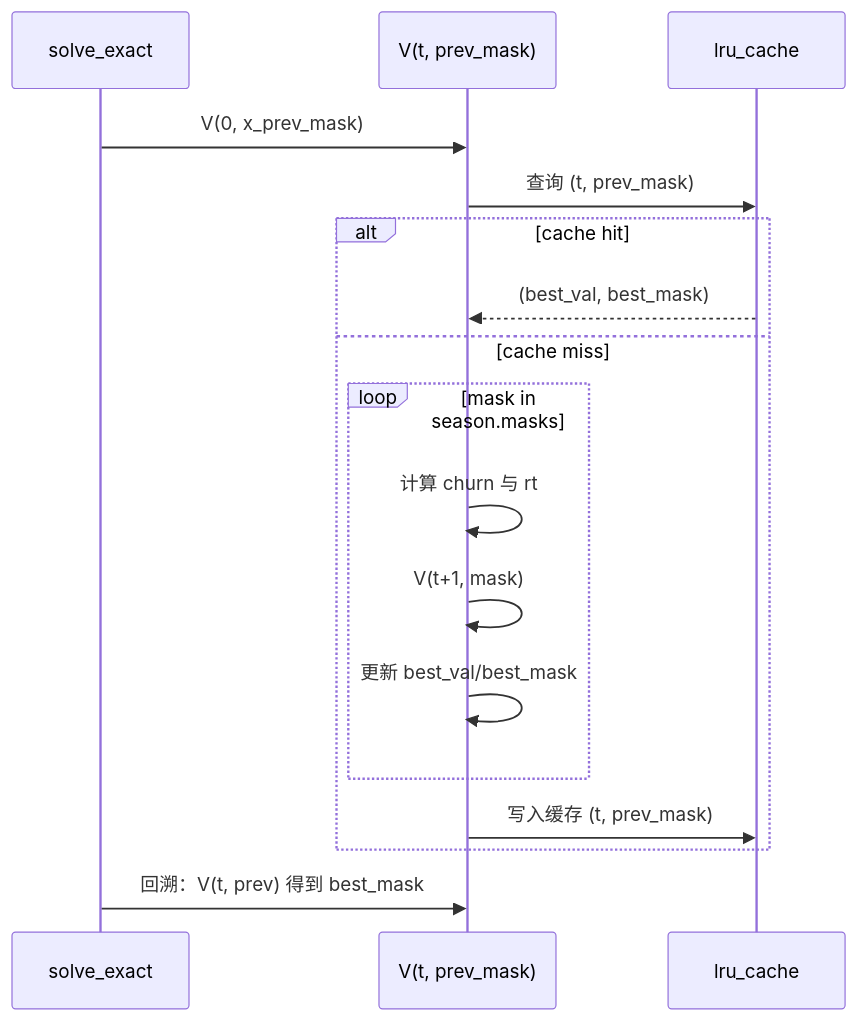
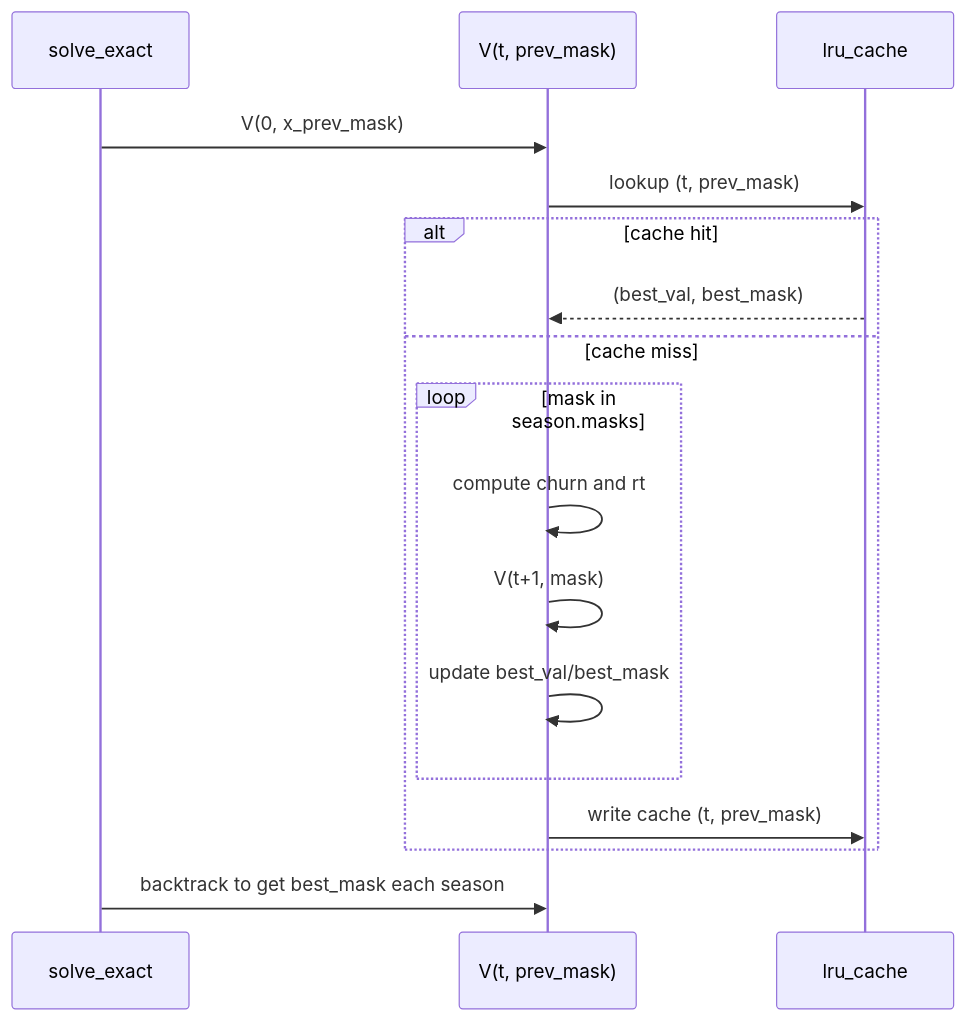
The second of 3 diagrams in traditional_solution.md (haomingbai/mcm_2026_d), drawn with Mermaid before and after one commit. The commit also changed other lines of this file and 12 other files, not shown here.

````diff
--- a/traditional_solution.md
+++ b/traditional_solution.md
@@ -113,22 +122,22 @@
 ```mermaid
 sequenceDiagram
    participant S as solve_exact
    participant V as V(t, prev_mask)
    participant C as lru_cache
 
    S->>V: V(0, x_prev_mask)
-   V->>C: 查询 (t, prev_mask)
+   V->>C: lookup (t, prev_mask)
 
    alt cache hit
       C-->>V: (best_val, best_mask)
    else cache miss
       loop mask in season.masks
-         V->>V: 计算 churn 与 rt
+         V->>V: compute churn and rt
          V->>V: V(t+1, mask)
-         V->>V: 更新 best_val/best_mask
+         V->>V: update best_val/best_mask
       end
-      V->>C: 写入缓存 (t, prev_mask)
+      V->>C: write cache (t, prev_mask)
    end
 
-   S->>V: 回溯：V(t, prev) 得到 best_mask
+   S->>V: backtrack to get best_mask each season
 ```
````
